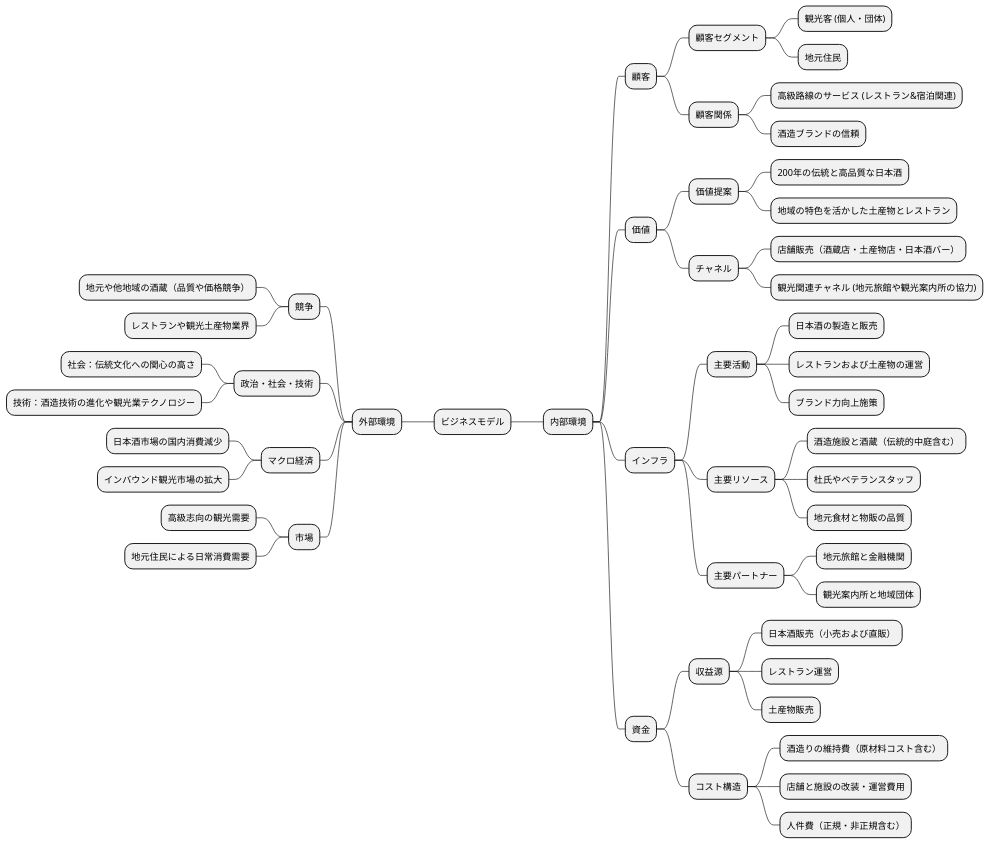
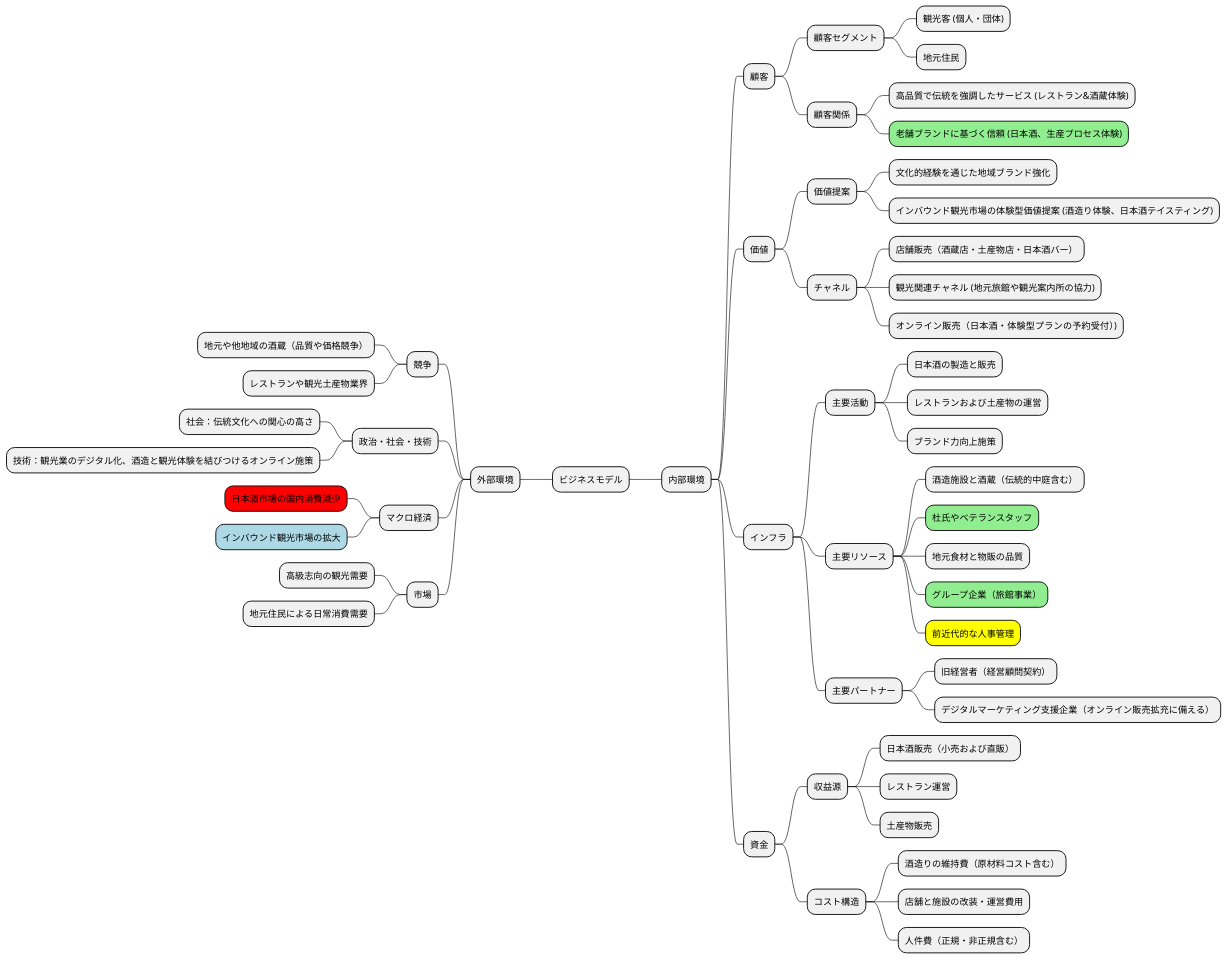
Before and after one commit to k2works/case-study-business-analysis: the second of 19 diagrams in docs/case/r02_case_1.adoc, drawn with PlantUML. The commit also changed other lines of this file, not shown here.

```diff
--- a/docs/case/r02_case_1.adoc
+++ b/docs/case/r02_case_1.adoc
@@ -63,58 +67,61 @@
 [plantuml]
 ----
 @startmindmap
 
 * ビジネスモデル
 ** 内部環境
 *** 顧客
 **** 顧客セグメント
 ***** 観光客 (個人・団体)
 ***** 地元住民
 **** 顧客関係
-***** 高級路線のサービス (レストラン&宿泊関連)
-***** 酒造ブランドの信頼
+***** 高品質で伝統を強調したサービス (レストラン&酒蔵体験)
+*****[#lightgreen] 老舗ブランドに基づく信頼 (日本酒、生産プロセス体験)
 *** 価値
 **** 価値提案
-***** 200年の伝統と高品質な日本酒
-***** 地域の特色を活かした土産物とレストラン
+***** 文化的経験を通じた地域ブランド強化
+***** インバウンド観光市場の体験型価値提案 (酒造り体験、日本酒テイスティング)
 **** チャネル
 ***** 店舗販売（酒蔵店・土産物店・日本酒バー）
 ***** 観光関連チャネル (地元旅館や観光案内所の協力)
+***** オンライン販売（日本酒・体験型プランの予約受付）)
 *** インフラ
 **** 主要活動
 ***** 日本酒の製造と販売
 ***** レストランおよび土産物の運営
 ***** ブランド力向上施策
 **** 主要リソース
 ***** 酒造施設と酒蔵（伝統的中庭含む）
-***** 杜氏やベテランスタッフ
+*****[#lightgreen] 杜氏やベテランスタッフ
 ***** 地元食材と物販の品質
+*****[#lightgreen] グループ企業（旅館事業）
+*****[#yellow] 前近代的な人事管理
 **** 主要パートナー
-***** 地元旅館と金融機関
-***** 観光案内所と地域団体
+***** 旧経営者（経営顧問契約）
+***** デジタルマーケティング支援企業（オンライン販売拡充に備える）
 *** 資金
 **** 収益源
 ***** 日本酒販売（小売および直販）
 ***** レストラン運営
 ***** 土産物販売
 **** コスト構造
 ***** 酒造りの維持費（原材料コスト含む）
 ***** 店舗と施設の改装・運営費用
 ***** 人件費（正規・非正規含む）
 left side
 ** 外部環境
 *** 競争
 **** 地元や他地域の酒蔵（品質や価格競争）
 **** レストランや観光土産物業界
 *** 政治・社会・技術
 **** 社会：伝統文化への関心の高さ
-**** 技術：酒造技術の進化や観光業テクノロジー
+**** 技術：観光業のデジタル化、酒造と観光体験を結びつけるオンライン施策
 *** マクロ経済
-**** 日本酒市場の国内消費減少
-**** インバウンド観光市場の拡大
+****[#red] 日本酒市場の国内消費減少
+****[#lightblue] インバウンド観光市場の拡大
 *** 市場
 **** 高級志向の観光需要
 **** 地元住民による日常消費需要
 
 @endmindmap
 ----
```
